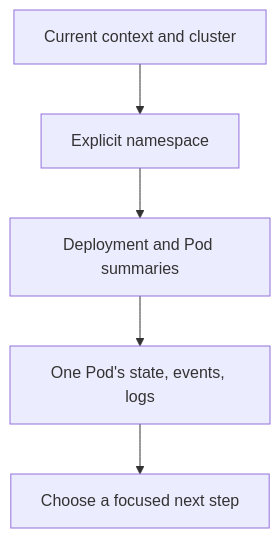
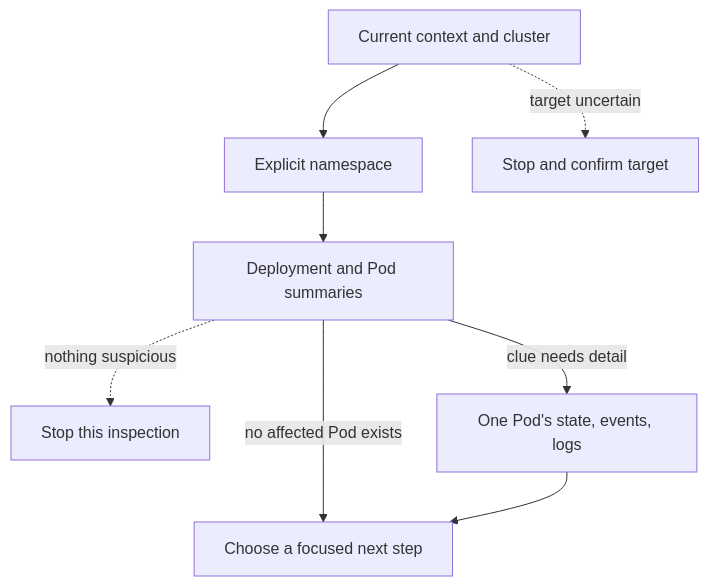
Before and after one commit to David-A18/MY-humble-knowledge-for-everyone: the diagram in knowledge/kubernetes/commands/daily-usage.md, drawn with Mermaid. The commit also changed other lines of this file and 5 other files, not shown here.

````diff
--- a/knowledge/kubernetes/commands/daily-usage.md
+++ b/knowledge/kubernetes/commands/daily-usage.md
@@ -49,7 +55,10 @@
 ```mermaid
 flowchart TB
   context["Current context and cluster"] --> namespace["Explicit namespace"]
+  context -. "target uncertain" .-> stopTarget["Stop and confirm target"]
   namespace --> overview["Deployment and Pod summaries"]
-  overview --> detail["One Pod's state, events, logs"]
+  overview -. "nothing suspicious" .-> stopOverview["Stop this inspection"]
+  overview -- "clue needs detail" --> detail["One Pod's state, events, logs"]
+  overview -- "no affected Pod exists" --> next["Choose a focused next step"]
   detail --> next["Choose a focused next step"]
 ```
````
